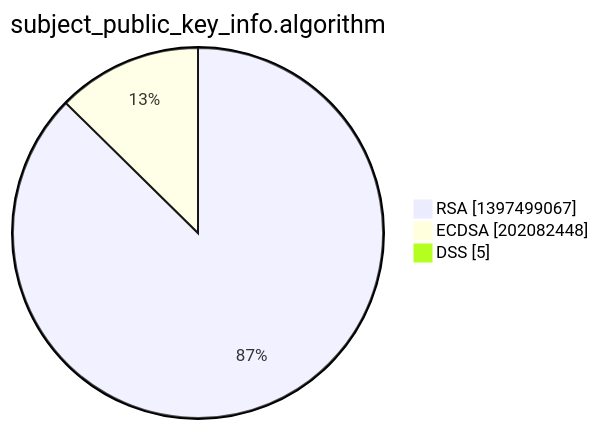
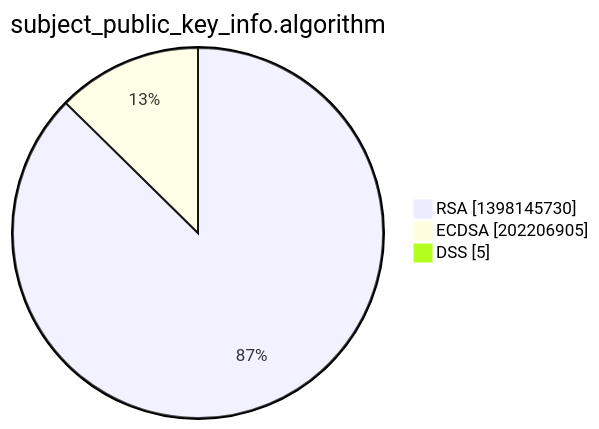
The third of 15 diagrams in xenon2022/README.md (christiankrug/ctmonitor_visualization), drawn with Mermaid before and after one commit. The commit also changed other lines of this file, not shown here.

````diff
--- a/xenon2022/README.md
+++ b/xenon2022/README.md
@@ -14,7 +14,7 @@
 ```mermaid
 pie showData
 title subject_public_key_info.algorithm
-"RSA" :1397499067
-"ECDSA" :202082448
+"RSA" :1398145730
+"ECDSA" :202206905
 "DSS" :5
 ```
````
